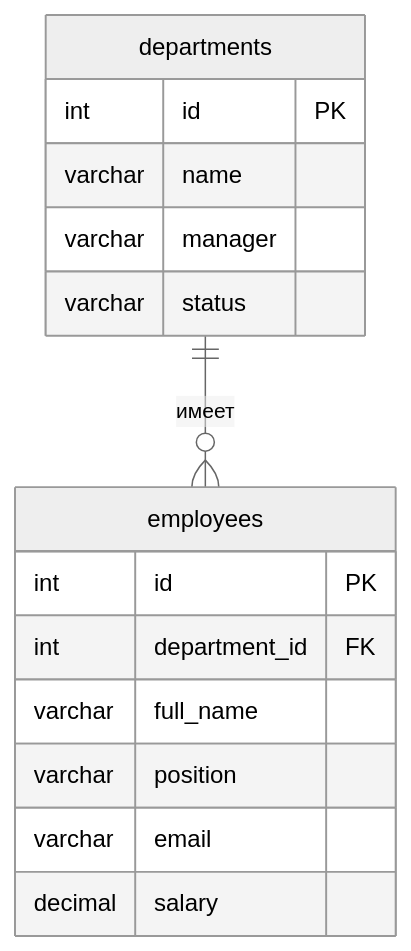
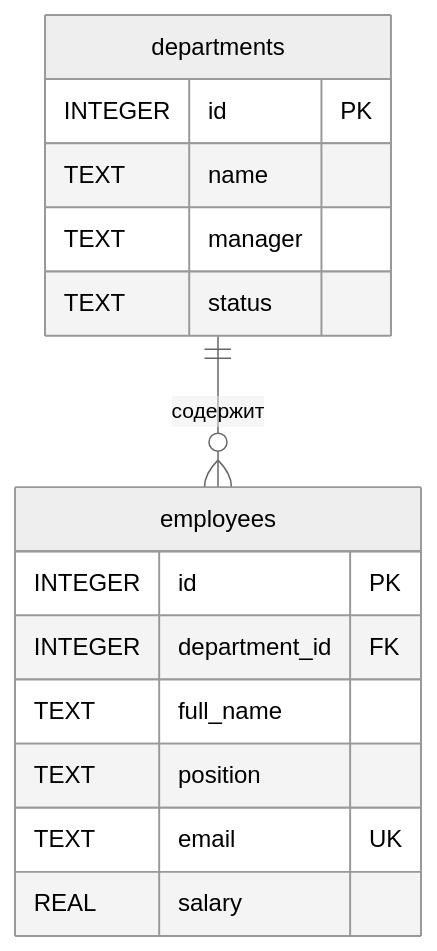
The diagram in README.md (NiAntiSimuS/backend_Muravskii_employees), drawn with Mermaid (neutral theme) before and after one commit. The commit also changed other lines of this file and 17 other files, not shown here.

````diff
--- a/README.md
+++ b/README.md
@@ -110,18 +285,18 @@
 ```mermaid
 erDiagram
-    departments ||--o{ employees : "имеет"
+    departments ||--o{ employees : "содержит"
     departments {
-        int id PK
-        varchar name
-        varchar manager
-        varchar status
+        INTEGER id PK
+        TEXT name
+        TEXT manager
+        TEXT status
     }
     employees {
-        int id PK
-        int department_id FK
-        varchar full_name
-        varchar position
-        varchar email
-        decimal salary
+        INTEGER id PK
+        INTEGER department_id FK
+        TEXT full_name
+        TEXT position
+        TEXT email UK
+        REAL salary
     }
 ```
````
